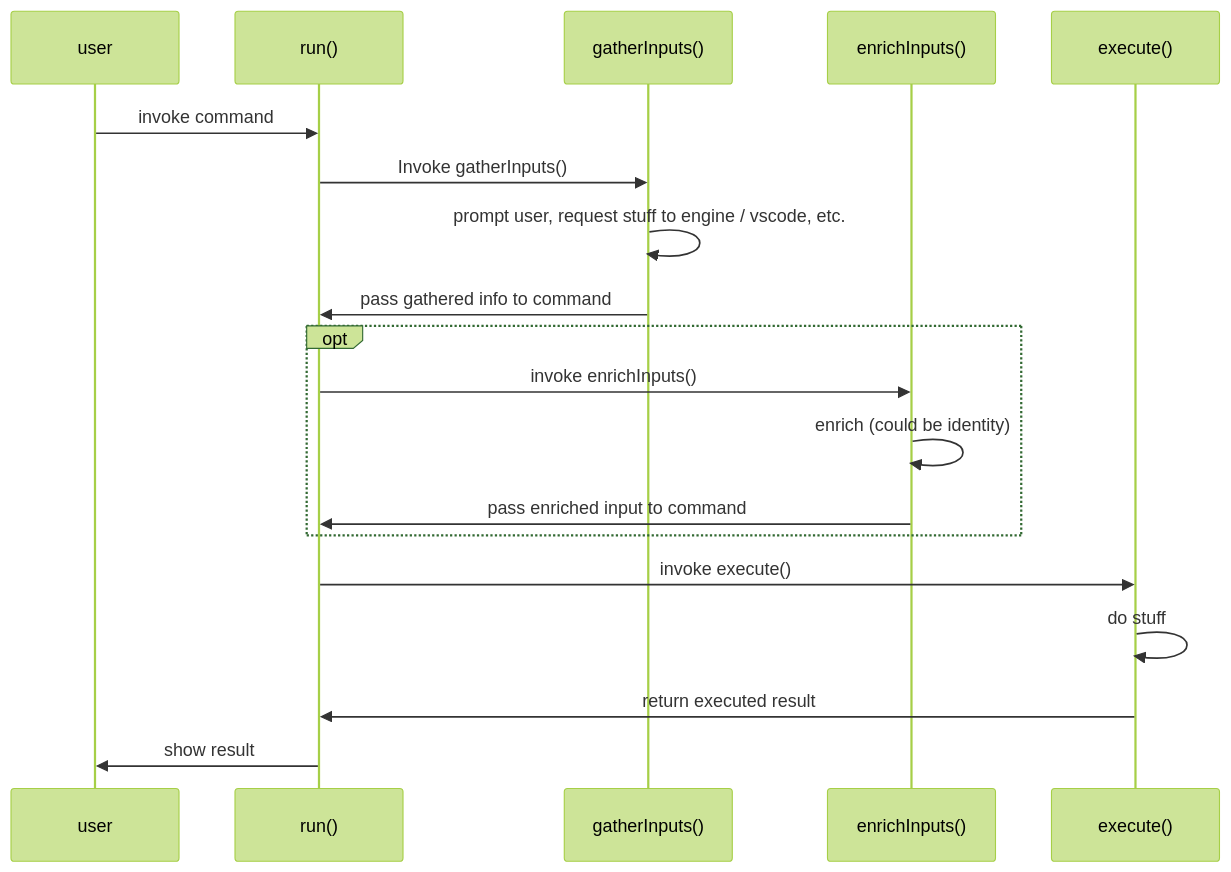
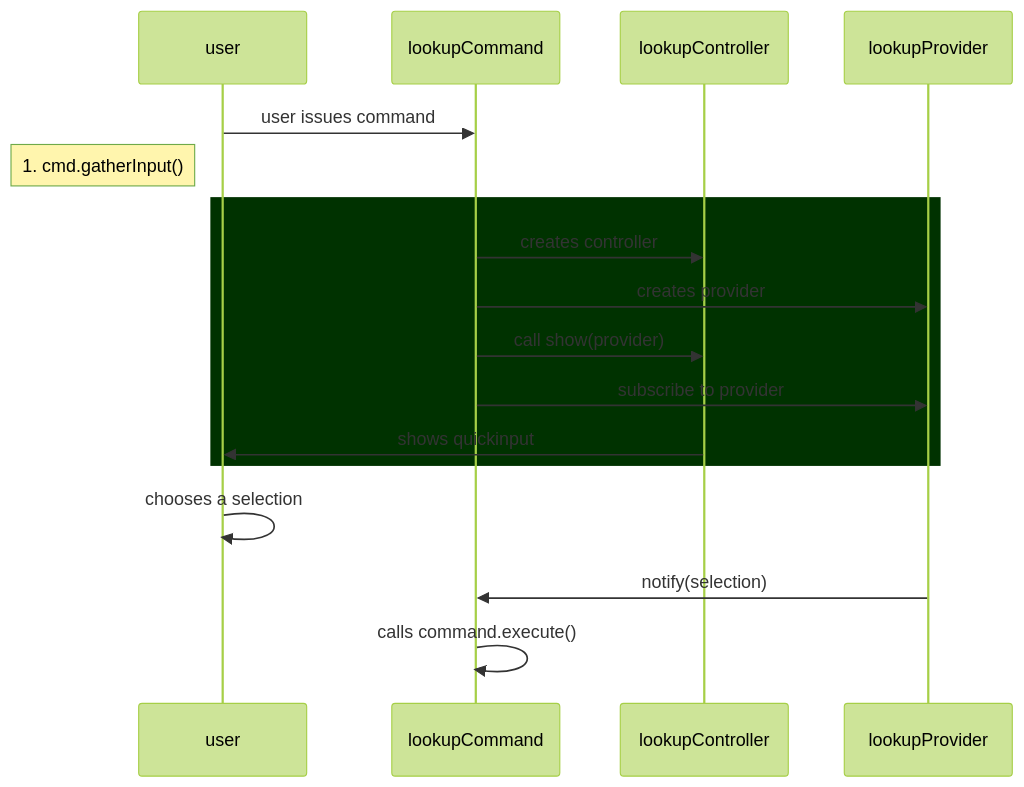
One commit to dendronhq/dendron-docs changed the diagram in vault/pkg.plugin-core.t.commands.md. Above: the diagram before and after it, drawn with Mermaid (forest theme). The commit also changed other lines of this file and 1 other file, not shown here.

````diff
--- a/vault/pkg.plugin-core.t.commands.md
+++ b/vault/pkg.plugin-core.t.commands.md
@@ -20,24 +19,19 @@
 ```mermaid
 sequenceDiagram
-
-  participant U as user
-  participant RUN as run()
-  participant GI as gatherInputs()
-  participant EI as enrichInputs()
-  participant EX as execute()
-
-  U ->> RUN: invoke command
-  RUN ->> GI: Invoke gatherInputs()
-  GI ->> GI: prompt user, request stuff to engine / vscode, etc.
-  GI ->> RUN: pass gathered info to command
-  opt
-    RUN ->> EI: invoke enrichInputs()
-    EI ->> EI: enrich (could be identity)
-    EI ->> RUN: pass enriched input to command
-  end
-  RUN ->> EX: invoke execute()
-  EX ->> EX: do stuff
-  EX ->> RUN: return executed result
-
-  RUN ->> U: show result
+    participant user
+    participant lookupCommand
+    participant lookupController
+    participant lookupProvider
+    user ->> lookupCommand: user issues command
+    Note left of user: 1. cmd.gatherInput()
+    rect rgb(0, 50, 0)
+      lookupCommand ->> lookupController: creates controller
+      lookupCommand ->> lookupProvider: creates provider
+      lookupCommand ->> lookupController: call show(provider)
+      lookupCommand ->> lookupProvider: subscribe to provider
+      lookupController ->> user: shows quickinput
+    end
+    user ->> user: chooses a selection
+    lookupProvider ->> lookupCommand: notify(selection)
+    lookupCommand ->> lookupCommand: calls command.execute()
 ```
````
